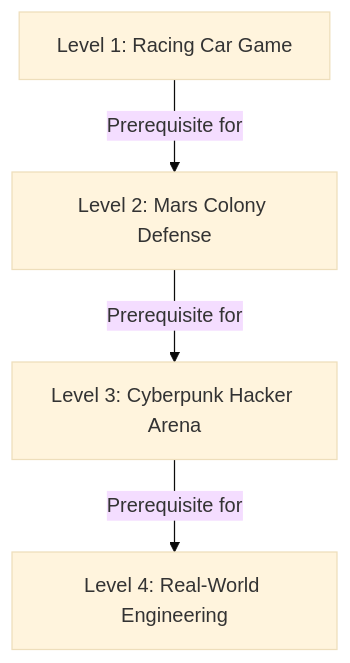
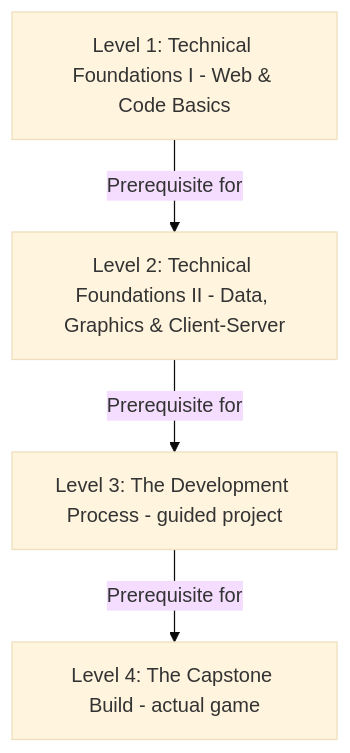
The diagram in PRJ_KNOWLEDGE.md (ssaelao-wq/computer-tutor), drawn with Mermaid (base theme) before and after one commit. The commit also changed other lines of this file and 15 other files, not shown here.

````diff
--- a/PRJ_KNOWLEDGE.md
+++ b/PRJ_KNOWLEDGE.md
@@ -21,6 +23,6 @@
 ```mermaid
 graph TD
-    Level1[Level 1: Racing Car Game] -->|Prerequisite for| Level2[Level 2: Mars Colony Defense]
-    Level2 -->|Prerequisite for| Level3[Level 3: Cyberpunk Hacker Arena]
-    Level3 -->|Prerequisite for| Level4[Level 4: Real-World Engineering]
+    Level1[Level 1: Technical Foundations I - Web & Code Basics] -->|Prerequisite for| Level2[Level 2: Technical Foundations II - Data, Graphics & Client-Server]
+    Level2 -->|Prerequisite for| Level3[Level 3: The Development Process - guided project]
+    Level3 -->|Prerequisite for| Level4[Level 4: The Capstone Build - actual game]
 ```
````
